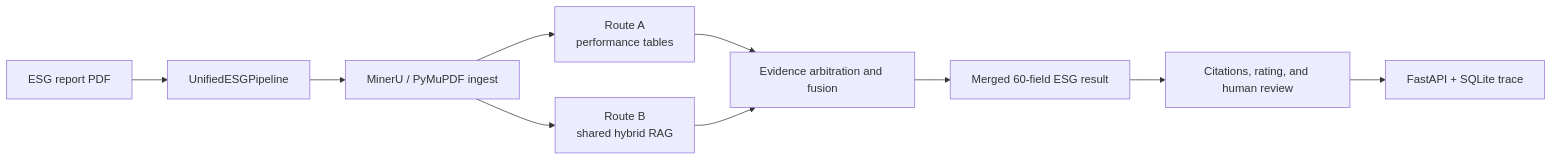
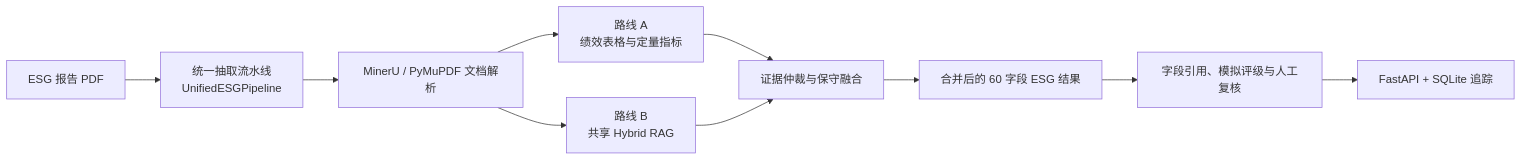
Before and after one commit to ehx0613/esg-multimodal-extraction-agent: the diagram in README.md, drawn with Mermaid. The commit also changed other lines of this file and 3 other files, not shown here.

Commit message:
docs: 更新当前架构图和中文文档

````diff
--- a/README.md
+++ b/README.md
@@ -12,12 +10,12 @@
 ```mermaid
 flowchart LR
-    PDF["ESG report PDF"] --> U["UnifiedESGPipeline"]
-    U --> I["MinerU / PyMuPDF ingest"]
-    I --> A["Route A<br/>performance tables"]
-    I --> B["Route B<br/>shared hybrid RAG"]
-    A --> F["Evidence arbitration and fusion"]
+    PDF["ESG 报告 PDF"] --> U["统一抽取流水线<br/>UnifiedESGPipeline"]
+    U --> I["MinerU / PyMuPDF 文档解析"]
+    I --> A["路线 A<br/>绩效表格与定量指标"]
+    I --> B["路线 B<br/>共享 Hybrid RAG"]
+    A --> F["证据仲裁与保守融合"]
     B --> F
-    F --> M["Merged 60-field ESG result"]
-    M --> R["Citations, rating, and human review"]
-    R --> API["FastAPI + SQLite trace"]
+    F --> M["合并后的 60 字段 ESG 结果"]
+    M --> R["字段引用、模拟评级与人工复核"]
+    R --> API["FastAPI + SQLite 追踪"]
 ```
````
